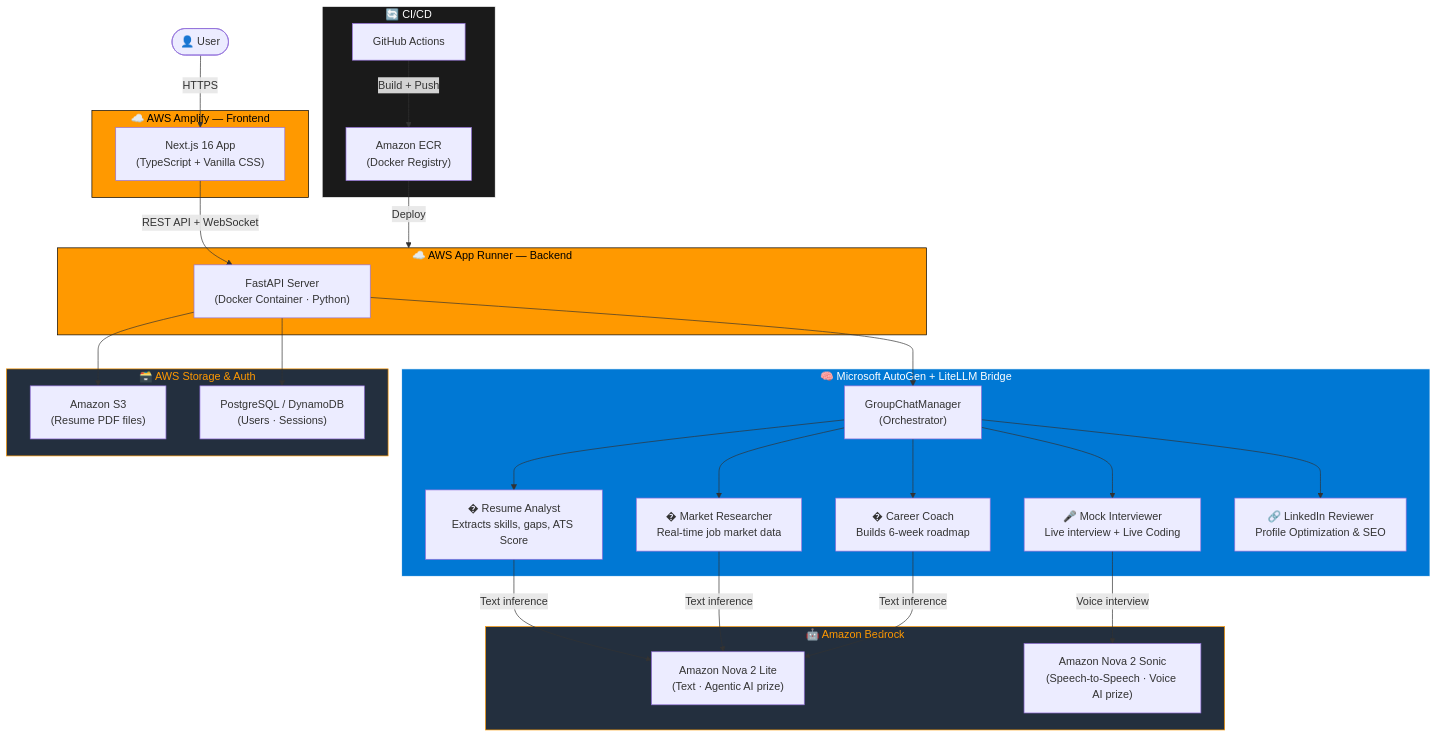
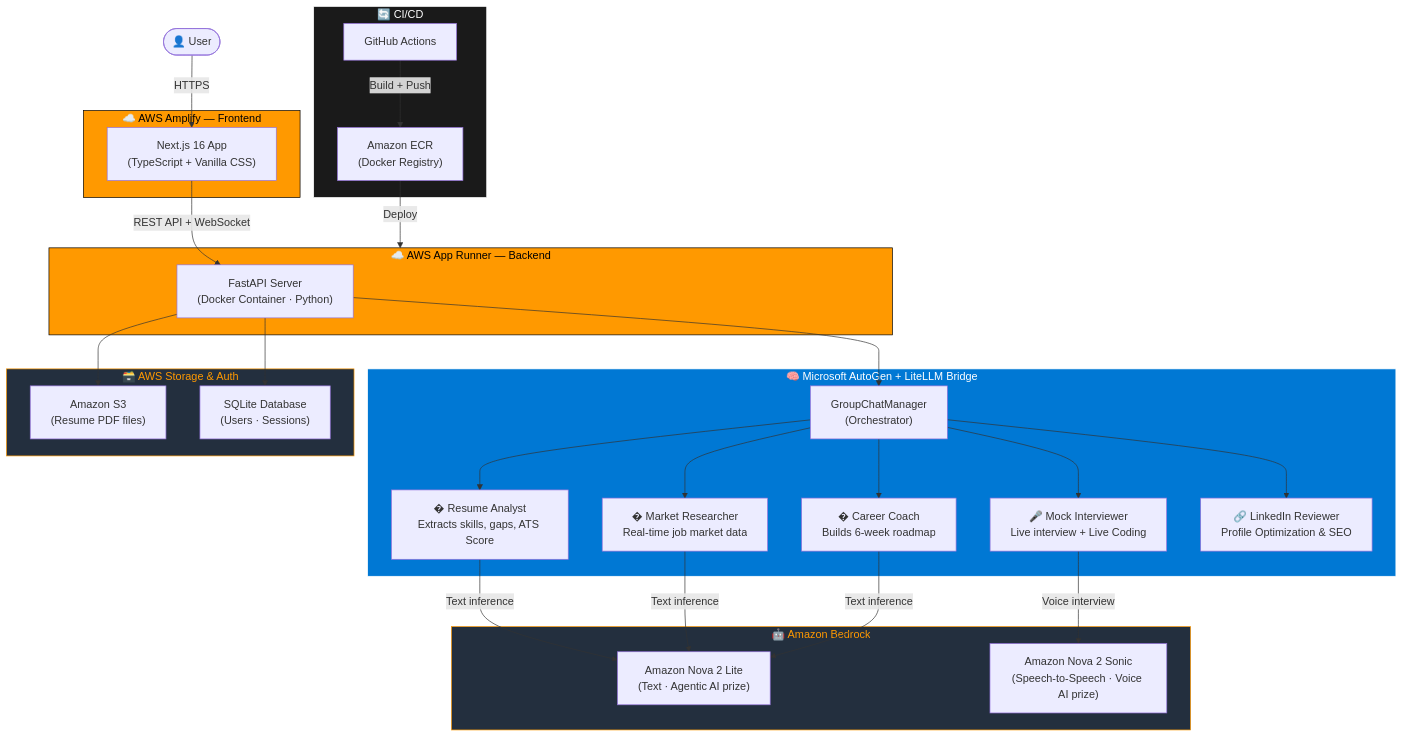
Before and after one commit to Anil-Pradhan-web/ai-career-mentor: the second of 2 diagrams in README.md, drawn with Mermaid. The commit also changed other lines of this file and 4 other files, not shown here.

Commit message:
chore: updated UI classes to inline styles fixed README architecture added project walkthrough

````diff
--- a/README.md
+++ b/README.md
@@ -129,54 +129,54 @@
 ```mermaid
 flowchart TD
     User(["👤 User"])
 
     subgraph Amplify ["☁️ AWS Amplify — Frontend"]
         FE["Next.js 16 App\n(TypeScript + Vanilla CSS)"]
     end
 
     subgraph AppRunner ["☁️ AWS App Runner — Backend"]
         API["FastAPI Server\n(Docker Container · Python)"]
     end
 
     subgraph Agents ["🧠 Microsoft AutoGen + LiteLLM Bridge"]
         ORCH["GroupChatManager\n(Orchestrator)"]
         A1["� Resume Analyst\nExtracts skills, gaps, ATS Score"]
         A2["� Market Researcher\nReal-time job market data"]
         A3["�️ Career Coach\nBuilds 6-week roadmap"]
         A4["🎤 Mock Interviewer\nLive interview + Live Coding"]
         A5["🔗 LinkedIn Reviewer\nProfile Optimization & SEO"]
     end
 
     subgraph Bedrock ["🤖 Amazon Bedrock"]
         NOVA["Amazon Nova 2 Lite\n(Text · Agentic AI prize)"]
         SONIC["Amazon Nova 2 Sonic\n(Speech-to-Speech · Voice AI prize)"]
     end
 
     subgraph AWSStorage ["🗃️ AWS Storage & Auth"]
         S3["Amazon S3\n(Resume PDF files)"]
-        SQLITE["PostgreSQL / DynamoDB\n(Users · Sessions)"]
+        SQLITE["SQLite Database\n(Users · Sessions)"]
     end
 
     subgraph CICD ["🔄 CI/CD"]
         GHA["GitHub Actions"]
         ECR["Amazon ECR\n(Docker Registry)"]
     end
 
     User -->|"HTTPS"| FE
     FE -->|"REST API + WebSocket"| API
     API --> S3
     API --> ORCH
     ORCH --> A1 & A2 & A3 & A4 & A5
     A1 & A2 & A3 -->|"Text inference"| NOVA
     A4 -->|"Voice interview"| SONIC
     API --> SQLITE
     GHA -->|"Build + Push"| ECR
     ECR -->|"Deploy"| AppRunner
 
     style Amplify fill:#FF9900,stroke:#000,color:#000
     style AppRunner fill:#FF9900,stroke:#000,color:#000
     style Agents fill:#0078D4,stroke:#fff,color:#fff
     style Bedrock fill:#232F3E,stroke:#FF9900,color:#FF9900
     style AWSStorage fill:#232F3E,stroke:#FF9900,color:#FF9900
     style CICD fill:#1a1a1a,stroke:#fff,color:#fff
 ```
````
